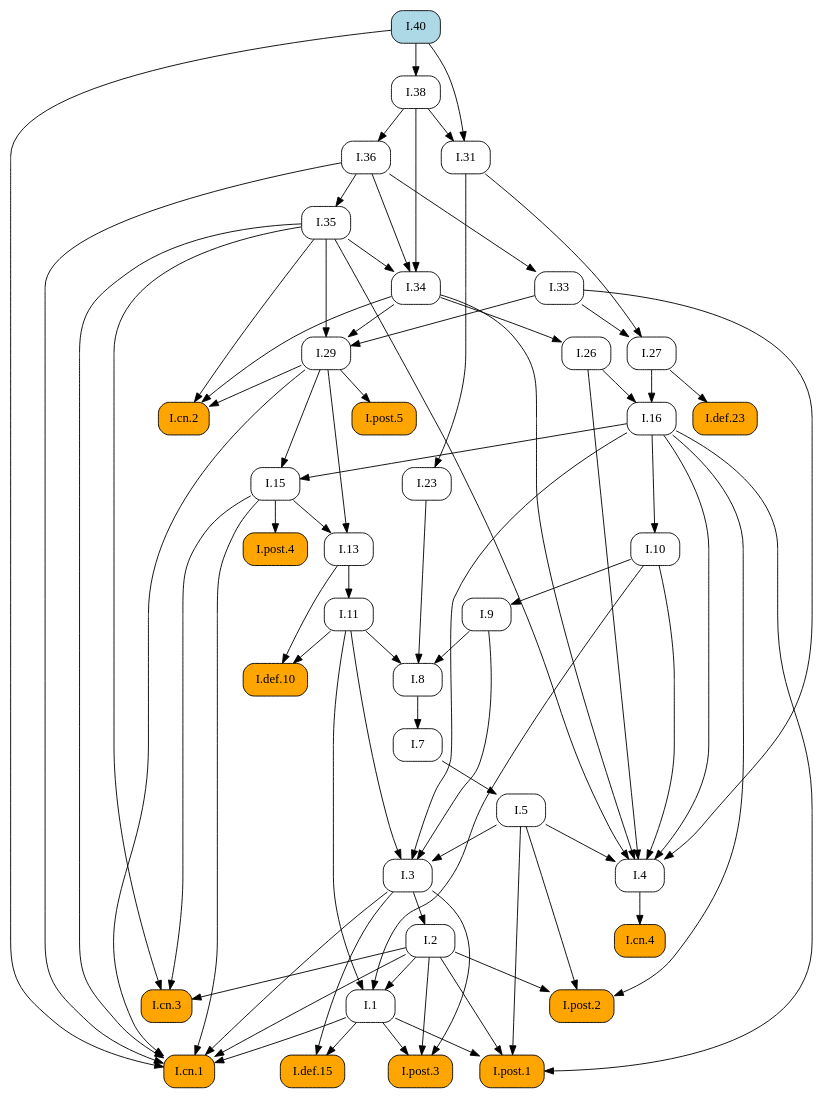
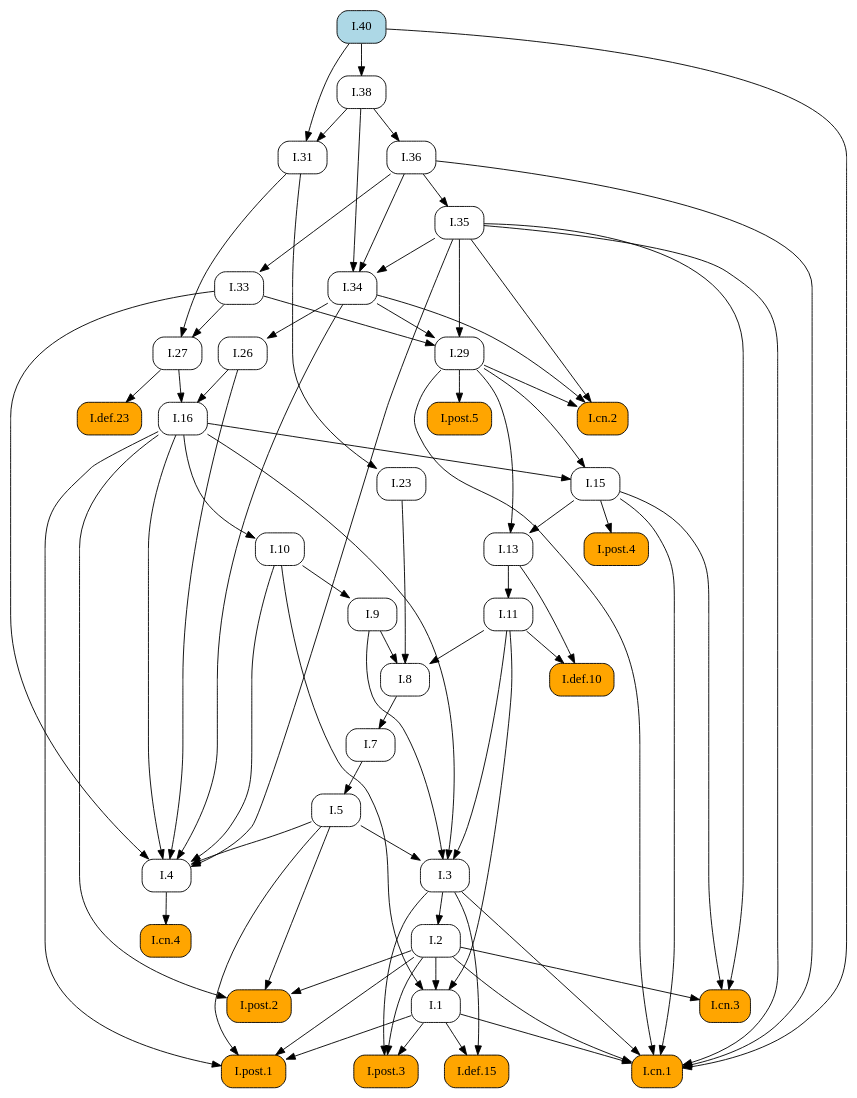
One commit to geometor/elements changed the diagram in docsrc/heath/I/40/index.rst. Above: the diagram before and after it, drawn with Graphviz. The commit also changed other lines of this file and 484 other files, not shown here.

```diff
--- a/docsrc/heath/I/40/index.rst
+++ b/docsrc/heath/I/40/index.rst
@@ -53,61 +53,68 @@
    digraph {
      rankdir="TB";
      node [shape=box, style=rounded];
+     "I.23" [URL="/heath/I/23/", target="_top"];
+     "I.9" [URL="/heath/I/9/", target="_top"];
+     "I.33" [URL="/heath/I/33/", target="_top"];
+     "I.def.15" [style="rounded,filled", fillcolor=orange, URL="/heath/I/def.15/", target="_top"];
+     "I.40" [style="rounded,filled", fillcolor=lightblue, URL="/heath/I/40/", target="_top"];
+     "I.post.3" [style="rounded,filled", fillcolor=orange, URL="/heath/I/post.3/", target="_top"];
+     "I.post.1" [style="rounded,filled", fillcolor=orange, URL="/heath/I/post.1/", target="_top"];
+     "I.31" [URL="/heath/I/31/", target="_top"];
      "I.def.10" [style="rounded,filled", fillcolor=orange, URL="/heath/I/def.10/", target="_top"];
-     "I.11" [URL="/heath/I/11/", target="_top"];
-     "I.post.4" [style="rounded,filled", fillcolor=orange, URL="/heath/I/post.4/", target="_top"];
-     "I.1" [URL="/heath/I/1/", target="_top"];
-     "I.26" [URL="/heath/I/26/", target="_top"];
-     "I.29" [URL="/heath/I/29/", target="_top"];
-     "I.cn.2" [style="rounded,filled", fillcolor=orange, URL="/heath/I/cn.2/", target="_top"];
-     "I.def.15" [style="rounded,filled", fillcolor=orange, URL="/heath/I/def.15/", target="_top"];
-     "I.post.3" [style="rounded,filled", fillcolor=orange, URL="/heath/I/post.3/", target="_top"];
-     "I.cn.1" [style="rounded,filled", fillcolor=orange, URL="/heath/I/cn.1/", target="_top"];
-     "I.cn.3" [style="rounded,filled", fillcolor=orange, URL="/heath/I/cn.3/", target="_top"];
-     "I.40" [style="rounded,filled", fillcolor=lightblue, URL="/heath/I/40/", target="_top"];
-     "I.23" [URL="/heath/I/23/", target="_top"];
-     "I.post.1" [style="rounded,filled", fillcolor=orange, URL="/heath/I/post.1/", target="_top"];
-     "I.35" [URL="/heath/I/35/", target="_top"];
-     "I.36" [URL="/heath/I/36/", target="_top"];
      "I.27" [URL="/heath/I/27/", target="_top"];
-     "I.7" [URL="/heath/I/7/", target="_top"];
      "I.34" [URL="/heath/I/34/", target="_top"];
      "I.3" [URL="/heath/I/3/", target="_top"];
+     "I.35" [URL="/heath/I/35/", target="_top"];
+     "I.cn.1" [style="rounded,filled", fillcolor=orange, URL="/heath/I/cn.1/", target="_top"];
+     "I.7" [URL="/heath/I/7/", target="_top"];
      "I.2" [URL="/heath/I/2/", target="_top"];
+     "I.36" [URL="/heath/I/36/", target="_top"];
+     "I.13" [URL="/heath/I/13/", target="_top"];
+     "I.post.4" [style="rounded,filled", fillcolor=orange, URL="/heath/I/post.4/", target="_top"];
+     "I.4" [URL="/heath/I/4/", target="_top"];
+     "I.1" [URL="/heath/I/1/", target="_top"];
+     "I.5" [URL="/heath/I/5/", target="_top"];
+     "I.8" [URL="/heath/I/8/", target="_top"];
+     "I.29" [URL="/heath/I/29/", target="_top"];
+     "I.cn.3" [style="rounded,filled", fillcolor=orange, URL="/heath/I/cn.3/", target="_top"];
+     "I.16" [URL="/heath/I/16/", target="_top"];
+     "I.38" [URL="/heath/I/38/", target="_top"];
+     "I.15" [URL="/heath/I/15/", target="_top"];
+     "I.10" [URL="/heath/I/10/", target="_top"];
+     "I.11" [URL="/heath/I/11/", target="_top"];
      "I.def.23" [style="rounded,filled", fillcolor=orange, URL="/heath/I/def.23/", target="_top"];
-     "I.4" [URL="/heath/I/4/", target="_top"];
-     "I.13" [URL="/heath/I/13/", target="_top"];
-     "I.33" [URL="/heath/I/33/", target="_top"];
-     "I.31" [URL="/heath/I/31/", target="_top"];
+     "I.cn.2" [style="rounded,filled", fillcolor=orange, URL="/heath/I/cn.2/", target="_top"];
+     "I.post.5" [style="rounded,filled", fillcolor=orange, URL="/heath/I/post.5/", target="_top"];
+     "I.cn.4" [style="rounded,filled", fillcolor=orange, URL="/heath/I/cn.4/", target="_top"];
      "I.post.2" [style="rounded,filled", fillcolor=orange, URL="/heath/I/post.2/", target="_top"];
-     "I.16" [URL="/heath/I/16/", target="_top"];
-     "I.9" [URL="/heath/I/9/", target="_top"];
-     "I.8" [URL="/heath/I/8/", target="_top"];
-     "I.cn.4" [style="rounded,filled", fillcolor=orange, URL="/heath/I/cn.4/", target="_top"];
-     "I.15" [URL="/heath/I/15/", target="_top"];
-     "I.post.5" [style="rounded,filled", fillcolor=orange, URL="/heath/I/post.5/", target="_top"];
-     "I.38" [URL="/heath/I/38/", target="_top"];
-     "I.10" [URL="/heath/I/10/", target="_top"];
-     "I.5" [URL="/heath/I/5/", target="_top"];
-     "I.11" -> "I.def.10";
-     "I.13" -> "I.def.10";
-     "I.13" -> "I.11";
-     "I.15" -> "I.post.4";
-     "I.2" -> "I.1";
-     "I.10" -> "I.1";
-     "I.11" -> "I.1";
-     "I.34" -> "I.26";
-     "I.33" -> "I.29";
-     "I.34" -> "I.29";
-     "I.35" -> "I.29";
-     "I.29" -> "I.cn.2";
-     "I.34" -> "I.cn.2";
-     "I.35" -> "I.cn.2";
+     "I.26" [URL="/heath/I/26/", target="_top"];
+     "I.31" -> "I.23";
+     "I.10" -> "I.9";
+     "I.36" -> "I.33";
      "I.1" -> "I.def.15";
      "I.3" -> "I.def.15";
      "I.1" -> "I.post.3";
      "I.2" -> "I.post.3";
      "I.3" -> "I.post.3";
+     "I.1" -> "I.post.1";
+     "I.2" -> "I.post.1";
+     "I.5" -> "I.post.1";
+     "I.16" -> "I.post.1";
+     "I.38" -> "I.31";
+     "I.40" -> "I.31";
+     "I.11" -> "I.def.10";
+     "I.13" -> "I.def.10";
+     "I.31" -> "I.27";
+     "I.33" -> "I.27";
+     "I.35" -> "I.34";
+     "I.36" -> "I.34";
+     "I.38" -> "I.34";
+     "I.5" -> "I.3";
+     "I.9" -> "I.3";
+     "I.11" -> "I.3";
+     "I.16" -> "I.3";
+     "I.36" -> "I.35";
      "I.1" -> "I.cn.1";
      "I.2" -> "I.cn.1";
      "I.3" -> "I.cn.1";
@@ -116,28 +123,12 @@
      "I.35" -> "I.cn.1";
      "I.36" -> "I.cn.1";
      "I.40" -> "I.cn.1";
-     "I.2" -> "I.cn.3";
-     "I.15" -> "I.cn.3";
-     "I.35" -> "I.cn.3";
-     "I.31" -> "I.23";
-     "I.1" -> "I.post.1";
-     "I.2" -> "I.post.1";
-     "I.5" -> "I.post.1";
-     "I.16" -> "I.post.1";
-     "I.36" -> "I.35";
+     "I.8" -> "I.7";
+     "I.3" -> "I.2";
      "I.38" -> "I.36";
-     "I.31" -> "I.27";
-     "I.33" -> "I.27";
-     "I.8" -> "I.7";
-     "I.35" -> "I.34";
-     "I.36" -> "I.34";
-     "I.38" -> "I.34";
-     "I.5" -> "I.3";
-     "I.9" -> "I.3";
-     "I.11" -> "I.3";
-     "I.16" -> "I.3";
-     "I.3" -> "I.2";
-     "I.27" -> "I.def.23";
+     "I.15" -> "I.13";
+     "I.29" -> "I.13";
+     "I.15" -> "I.post.4";
      "I.5" -> "I.4";
      "I.10" -> "I.4";
      "I.16" -> "I.4";
@@ -145,25 +136,34 @@
      "I.33" -> "I.4";
      "I.34" -> "I.4";
      "I.35" -> "I.4";
-     "I.15" -> "I.13";
-     "I.29" -> "I.13";
-     "I.36" -> "I.33";
-     "I.38" -> "I.31";
-     "I.40" -> "I.31";
+     "I.2" -> "I.1";
+     "I.10" -> "I.1";
+     "I.11" -> "I.1";
+     "I.7" -> "I.5";
+     "I.9" -> "I.8";
+     "I.11" -> "I.8";
+     "I.23" -> "I.8";
+     "I.33" -> "I.29";
+     "I.34" -> "I.29";
+     "I.35" -> "I.29";
+     "I.2" -> "I.cn.3";
+     "I.15" -> "I.cn.3";
+     "I.35" -> "I.cn.3";
+     "I.26" -> "I.16";
+     "I.27" -> "I.16";
+     "I.40" -> "I.38";
+     "I.16" -> "I.15";
+     "I.29" -> "I.15";
+     "I.16" -> "I.10";
+     "I.13" -> "I.11";
+     "I.27" -> "I.def.23";
+     "I.29" -> "I.cn.2";
+     "I.34" -> "I.cn.2";
+     "I.35" -> "I.cn.2";
+     "I.29" -> "I.post.5";
+     "I.4" -> "I.cn.4";
      "I.2" -> "I.post.2";
      "I.5" -> "I.post.2";
      "I.16" -> "I.post.2";
-     "I.26" -> "I.16";
-     "I.27" -> "I.16";
-     "I.10" -> "I.9";
-     "I.9" -> "I.8";
-     "I.11" -> "I.8";
-     "I.23" -> "I.8";
-     "I.4" -> "I.cn.4";
-     "I.16" -> "I.15";
-     "I.29" -> "I.15";
-     "I.29" -> "I.post.5";
-     "I.40" -> "I.38";
-     "I.16" -> "I.10";
-     "I.7" -> "I.5";
+     "I.34" -> "I.26";
    }
```
